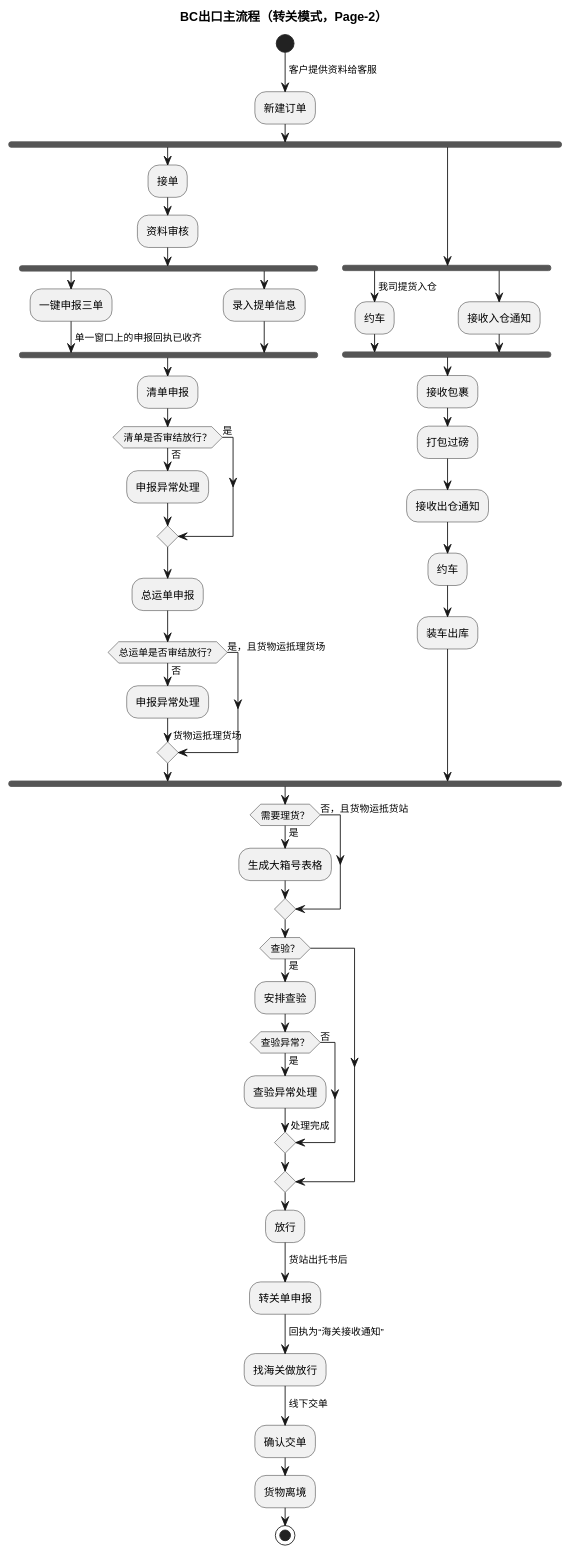
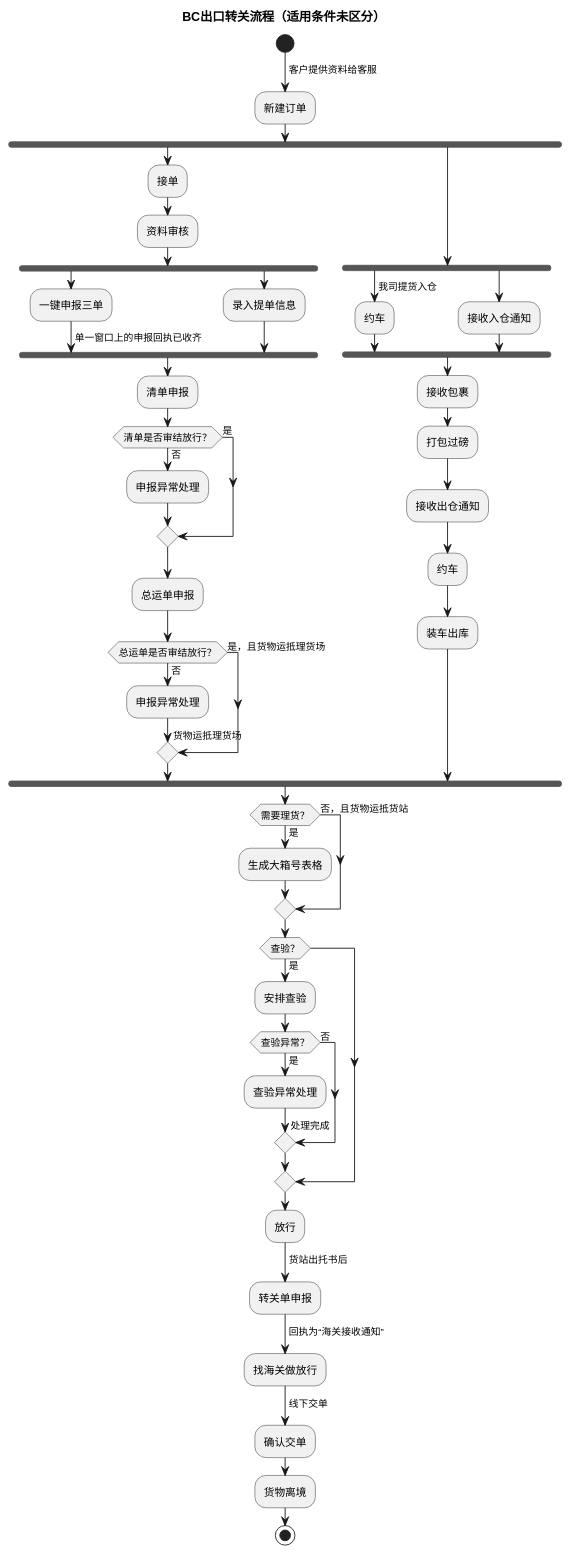
Before and after one commit to jack888332/projects-doc: the fifth of 5 diagrams in product-caliber/goldjet/segmented-prd/mainflow/PRD.高捷物流系统一期.主流程.04.跨境电商BC出口关务详细流程.md, drawn with PlantUML. The commit also changed other lines of this file and 59 other files, not shown here.

````diff
--- a/product-caliber/goldjet/segmented-prd/mainflow/PRD.高捷物流系统一期.主流程.04.跨境电商BC出口关务详细流程.md
+++ b/product-caliber/goldjet/segmented-prd/mainflow/PRD.高捷物流系统一期.主流程.04.跨境电商BC出口关务详细流程.md
@@ -194,62 +180,62 @@
 ```plantuml
 @startuml
-title BC出口主流程（转关模式，Page-2）
+title BC出口转关流程（适用条件未区分）
 start
 -> 客户提供资料给客服;
 :新建订单;
 fork
   :接单;
   :资料审核;
   fork
     :一键申报三单;
     -> 单一窗口上的申报回执已收齐;
   fork again
     :录入提单信息;
   end fork
   :清单申报;
   if (清单是否审结放行？) then (是)
   else (否)
     :申报异常处理;
   endif
   :总运单申报;
   if (总运单是否审结放行？) then (是，且货物运抵理货场)
   else (否)
     :申报异常处理;
     -> 货物运抵理货场;
   endif
 fork again
   fork
     -> 我司提货入仓;
     :约车;
   fork again
     :接收入仓通知;
   end fork
   :接收包裹;
   :打包过磅;
   :接收出仓通知;
   :约车;
   :装车出库;
 end fork
 if (需要理货？) then (是)
   :生成大箱号表格;
 else (否，且货物运抵货站)
 endif
 if (查验？) then (是)
   :安排查验;
   if (查验异常？) then (是)
     :查验异常处理;
     -> 处理完成;
   else (否)
   endif
 endif
 :放行;
 -> 货站出托书后;
 :转关单申报;
 -> 回执为“海关接收通知”;
 :找海关做放行;
 -> 线下交单;
 :确认交单;
 :货物离境;
 stop
 @enduml
 ```
````
